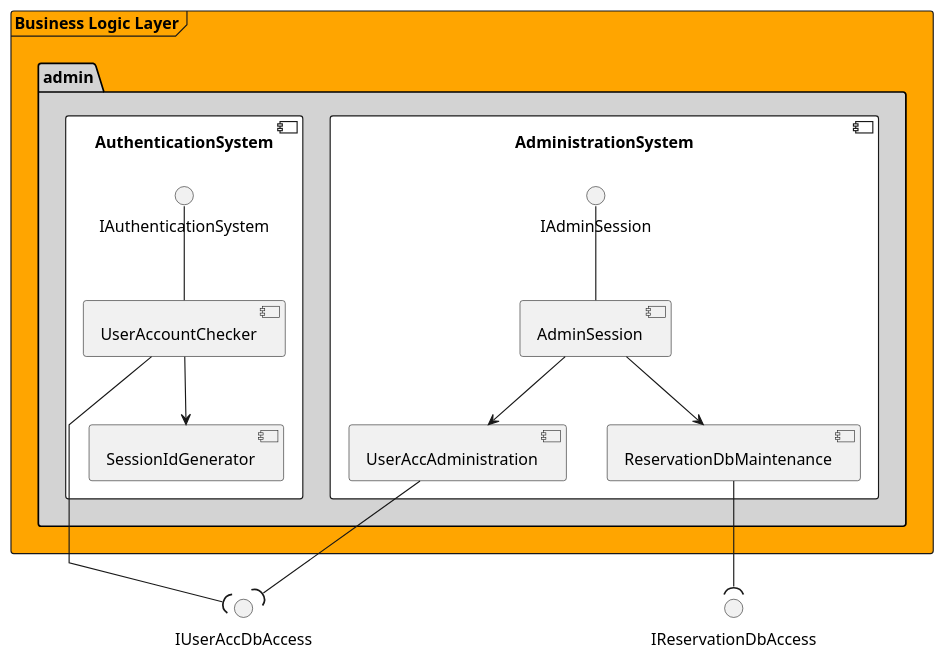
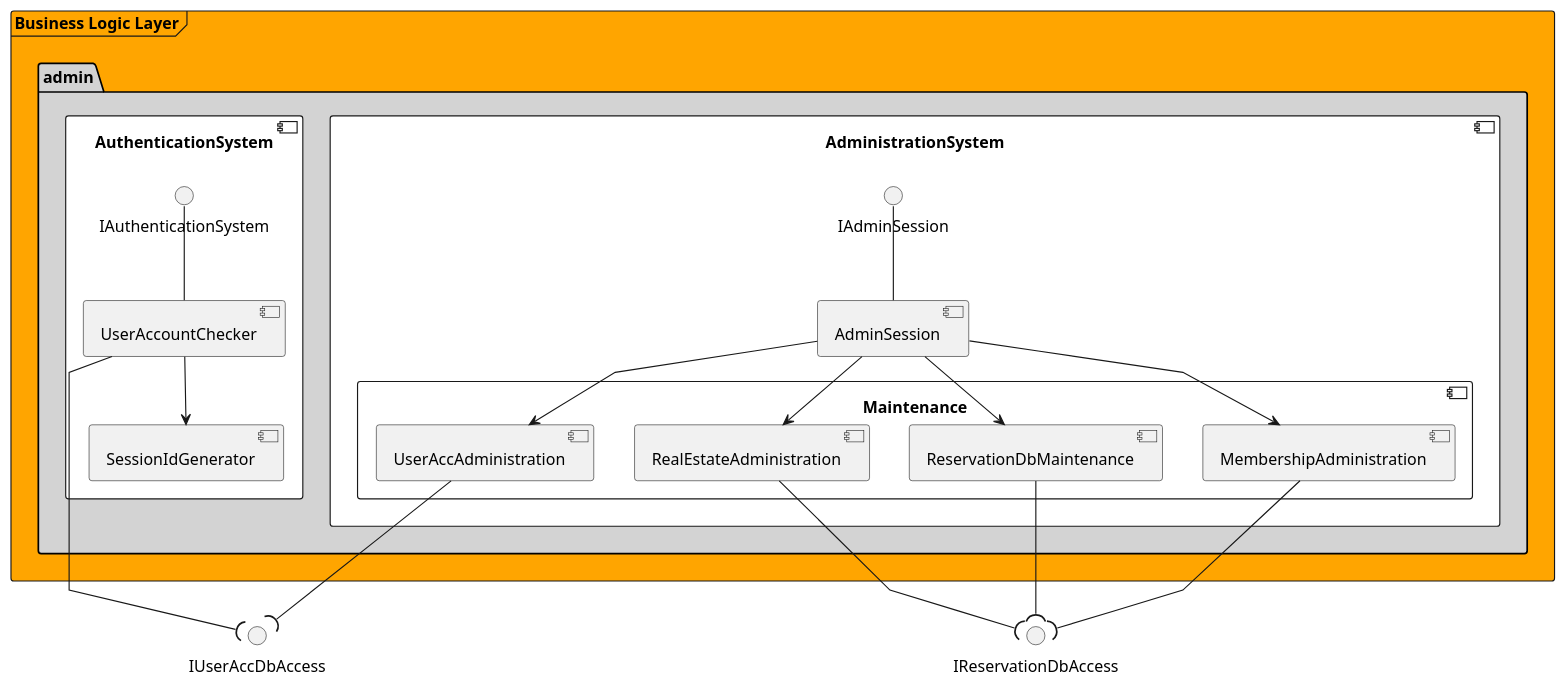
The diagram in docs/uml/architecture/admin.puml (BBKbeam/mtRooms), drawn with PlantUML before and after one commit. The commit also changed 20 other files, not shown here.

```diff
--- a/docs/uml/architecture/admin.puml
+++ b/docs/uml/architecture/admin.puml
@@ -1,40 +1,49 @@
 @startuml
 
 'skinparam linetype ortho
 skinparam linetype polyline
 'skinparam monochrome true
 
 skinparam package {
     backgroundColor lightgrey
 }
 
 
     frame "Business Logic Layer" #orange {
         package "admin" {
             component AdministrationSystem #white {
                 IAdminSession -- [AdminSession]
-                [UserAccAdministration]
-                [ReservationDbMaintenance]
+
+                component Maintenance #white {
+                    [UserAccAdministration]
+                    [ReservationDbMaintenance]
+                    [RealEstateAdministration]
+                    [MembershipAdministration]
+                }
 
                 AdminSession --> UserAccAdministration
                 AdminSession --> ReservationDbMaintenance
+                AdminSession --> RealEstateAdministration
+                AdminSession --> MembershipAdministration
             }
 
             component AuthenticationSystem #white {
                 IAuthenticationSystem -- [UserAccountChecker]
                 [SessionIdGenerator]
 
                 UserAccountChecker --> SessionIdGenerator
             }
         }
     }
 
     '##------------------------------##
     '## Business Logic to Data Layer ##
     '##------------------------------##
     IUserAccDbAccess )-- UserAccountChecker
 
     UserAccAdministration --( IUserAccDbAccess
     ReservationDbMaintenance --( IReservationDbAccess
+    RealEstateAdministration --( IReservationDbAccess
+    MembershipAdministration --( IReservationDbAccess
 
 @enduml
```
